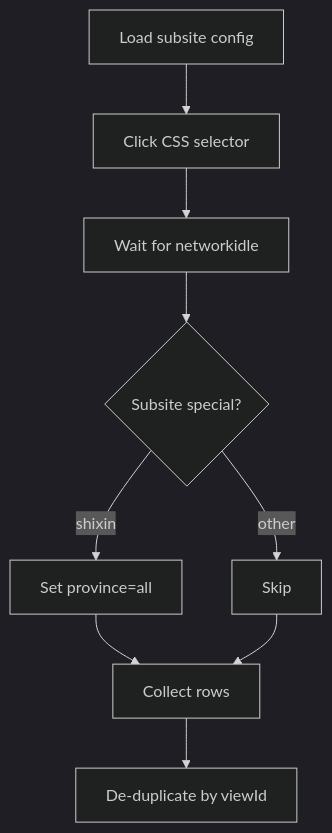
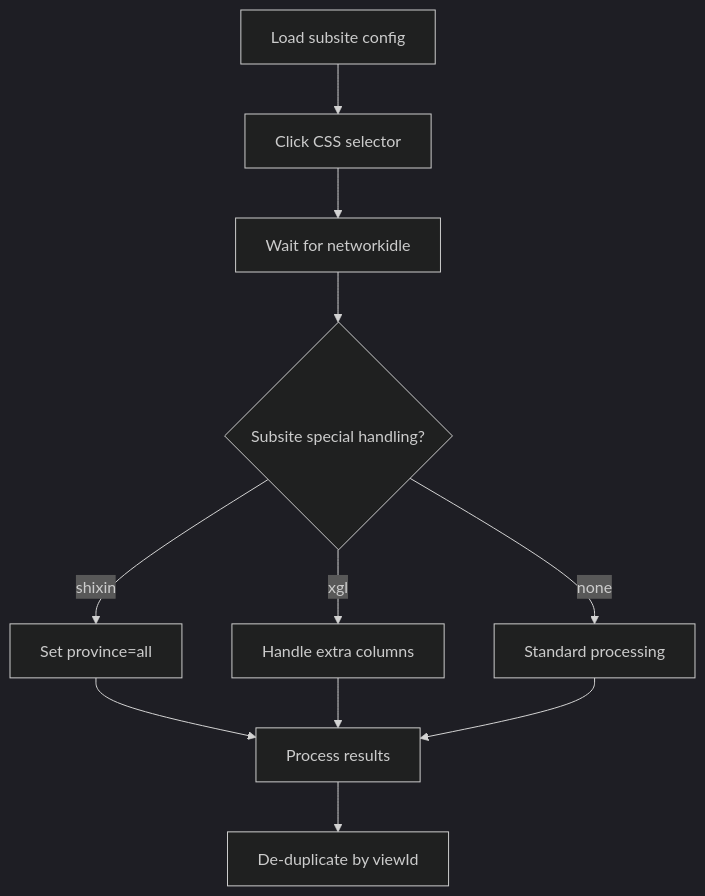
The sixth of 10 diagrams in .qoder/repowiki/en/content/Core Architecture/Core Architecture.md (supotato-ipj/zxgk_auto_query-skill), drawn with Mermaid (dark theme) before and after one commit. The commit also changed other lines of this file and 24 other files, not shown here.

````diff
--- a/.qoder/repowiki/en/content/Core Architecture/Core Architecture.md
+++ b/.qoder/repowiki/en/content/Core Architecture/Core Architecture.md
@@ -253,11 +467,13 @@
 ```mermaid
 flowchart TD
-A["Load subsite config"] --> B["Click CSS selector"]
-B --> C["Wait for networkidle"]
-C --> D{"Subsite special?"}
-D --> |shixin| E["Set province=all"]
-D --> |other| F["Skip"]
-E --> G["Collect rows"]
-F --> G
-G --> H["De-duplicate by viewId"]
+Config["Load subsite config"] --> Click["Click CSS selector"]
+Click --> Wait["Wait for networkidle"]
+Wait --> Special{"Subsite special handling?"}
+Special --> |shixin| Province["Set province=all"]
+Special --> |xgl| ExtraCols["Handle extra columns"]
+Special --> |none| Standard["Standard processing"]
+Province --> Process["Process results"]
+ExtraCols --> Process
+Standard --> Process
+Process --> Dedupe["De-duplicate by viewId"]
 ```
````
